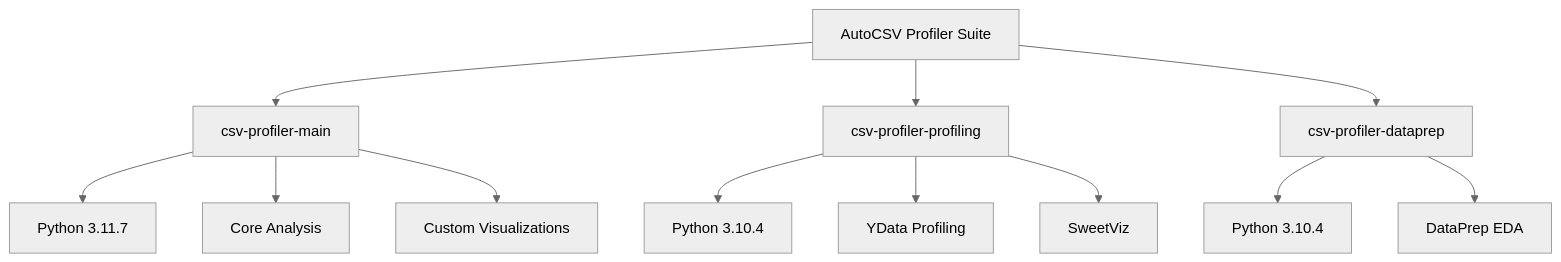
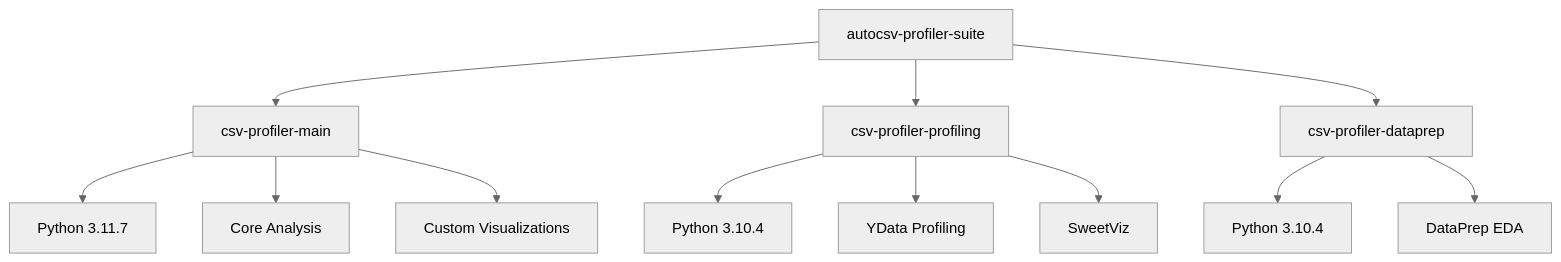
Before and after one commit to dhaneshbb/autocsv-profiler-suite: diagram 12 of 14 in docs/Source-Suite-Guide.md, drawn with Mermaid (neutral theme). The commit also changed other lines of this file and 35 other files, not shown here.

````diff
--- a/docs/Source-Suite-Guide.md
+++ b/docs/Source-Suite-Guide.md
@@ -920,17 +910,17 @@
 ```mermaid
 graph TD
-    A[AutoCSV Profiler Suite] --> B[csv-profiler-main]
+    A[autocsv-profiler-suite] --> B[csv-profiler-main]
     A --> C[csv-profiler-profiling] 
     A --> D[csv-profiler-dataprep]
     
     B --> B1[Python 3.11.7]
     B --> B2[Core Analysis]
     B --> B3[Custom Visualizations]
     
     C --> C1[Python 3.10.4]
     C --> C2[YData Profiling]
     C --> C3[SweetViz]
     
     D --> D1[Python 3.10.4]
     D --> D2[DataPrep EDA]
 ```
````
